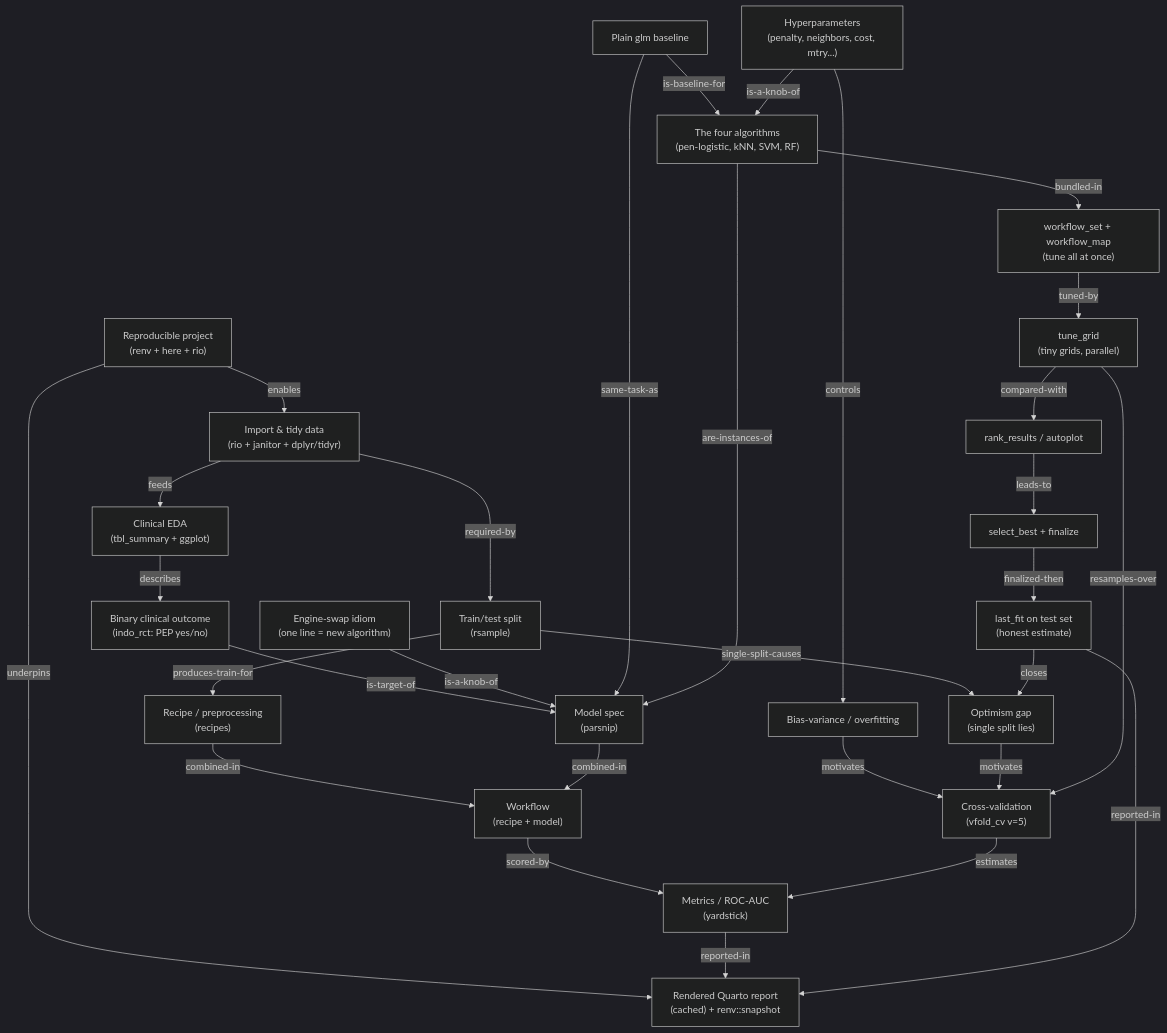
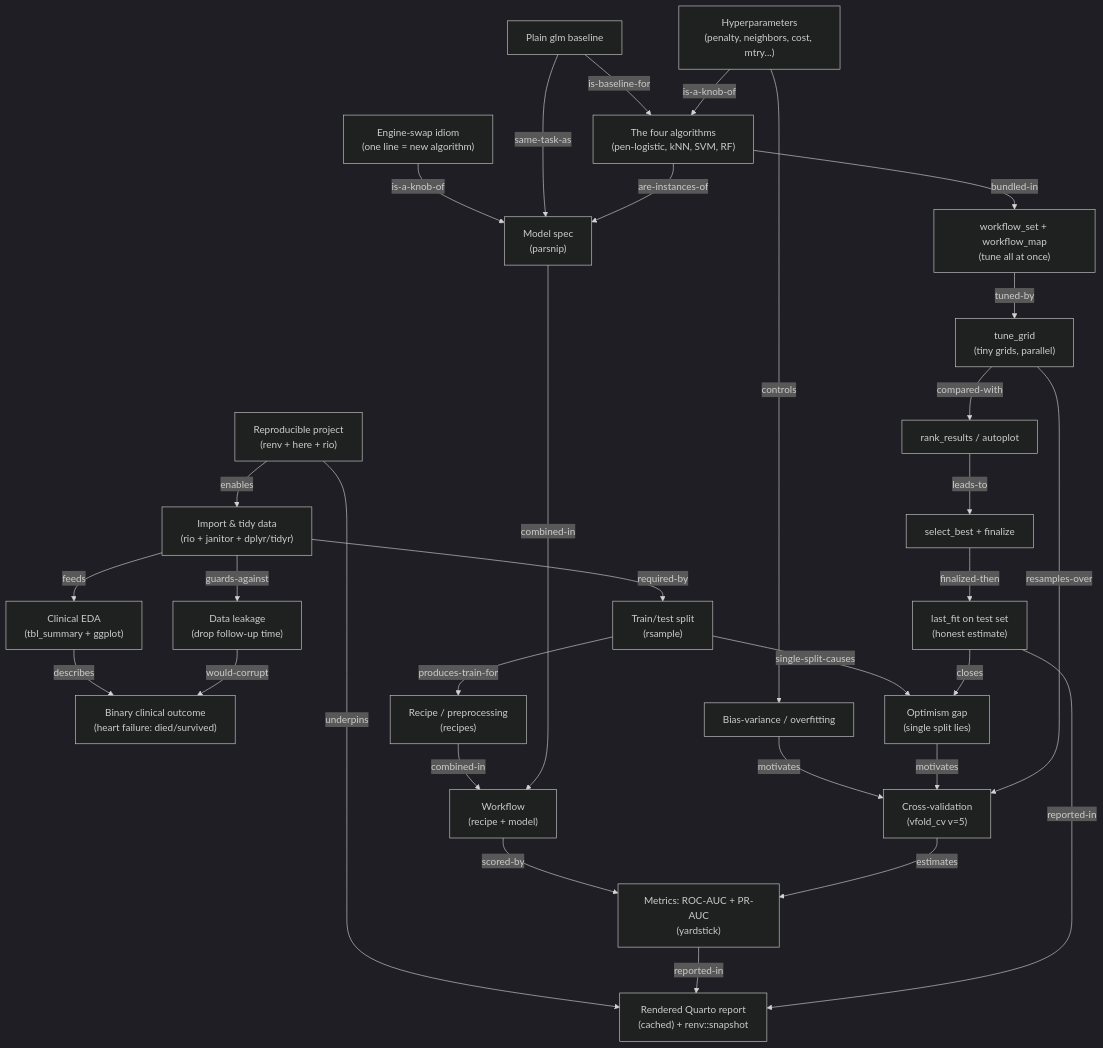
Before and after one commit to CorradoLanera/mlt-overview: the diagram in workshops/mlt-r-basic/slides/concept-graph.mmd, drawn with Mermaid (dark theme). The commit also changed 37 other files, not shown here.

```diff
--- a/workshops/mlt-r-basic/slides/concept-graph.mmd
+++ b/workshops/mlt-r-basic/slides/concept-graph.mmd
@@ -1,53 +1,55 @@
 flowchart TD
   PROJ["Reproducible project<br/>(renv + here + rio)"]
   IMPORT["Import & tidy data<br/>(rio + janitor + dplyr/tidyr)"]
+  LEAK["Data leakage<br/>(drop follow-up time)"]
   EDA["Clinical EDA<br/>(tbl_summary + ggplot)"]
-  OUT["Binary clinical outcome<br/>(indo_rct: PEP yes/no)"]
+  OUT["Binary clinical outcome<br/>(heart failure: died/survived)"]
   SPLIT["Train/test split<br/>(rsample)"]
   RECIPE["Recipe / preprocessing<br/>(recipes)"]
   MODEL["Model spec<br/>(parsnip)"]
   ENGINE["Engine-swap idiom<br/>(one line = new algorithm)"]
   WF["Workflow<br/>(recipe + model)"]
-  METRIC["Metrics / ROC-AUC<br/>(yardstick)"]
+  METRIC["Metrics: ROC-AUC + PR-AUC<br/>(yardstick)"]
   GLM["Plain glm baseline"]
   ALGOS["The four algorithms<br/>(pen-logistic, kNN, SVM, RF)"]
   PARAM["Hyperparameters<br/>(penalty, neighbors, cost, mtry...)"]
   BV["Bias-variance / overfitting"]
   CV["Cross-validation<br/>(vfold_cv v=5)"]
   OPT["Optimism gap<br/>(single split lies)"]
   WFSET["workflow_set + workflow_map<br/>(tune all at once)"]
   TUNE["tune_grid<br/>(tiny grids, parallel)"]
   COMPARE["rank_results / autoplot"]
   BEST["select_best + finalize"]
   LASTFIT["last_fit on test set<br/>(honest estimate)"]
   REPORT["Rendered Quarto report<br/>(cached) + renv::snapshot"]
 
   PROJ -->|enables| IMPORT
+  IMPORT -->|guards-against| LEAK
   IMPORT -->|feeds| EDA
   EDA -->|describes| OUT
-  OUT -->|is-target-of| MODEL
+  LEAK -->|would-corrupt| OUT
   PROJ -->|underpins| REPORT
   IMPORT -->|required-by| SPLIT
   SPLIT -->|produces-train-for| RECIPE
   RECIPE -->|combined-in| WF
   MODEL -->|combined-in| WF
   ENGINE -->|is-a-knob-of| MODEL
   WF -->|scored-by| METRIC
   GLM -->|is-baseline-for| ALGOS
   GLM -->|same-task-as| MODEL
   ALGOS -->|are-instances-of| MODEL
   PARAM -->|is-a-knob-of| ALGOS
   PARAM -->|controls| BV
   BV -->|motivates| CV
   OPT -->|motivates| CV
   SPLIT -->|single-split-causes| OPT
   CV -->|estimates| METRIC
   ALGOS -->|bundled-in| WFSET
   WFSET -->|tuned-by| TUNE
   TUNE -->|resamples-over| CV
   TUNE -->|compared-with| COMPARE
   COMPARE -->|leads-to| BEST
   BEST -->|finalized-then| LASTFIT
   LASTFIT -->|closes| OPT
   METRIC -->|reported-in| REPORT
   LASTFIT -->|reported-in| REPORT
```
